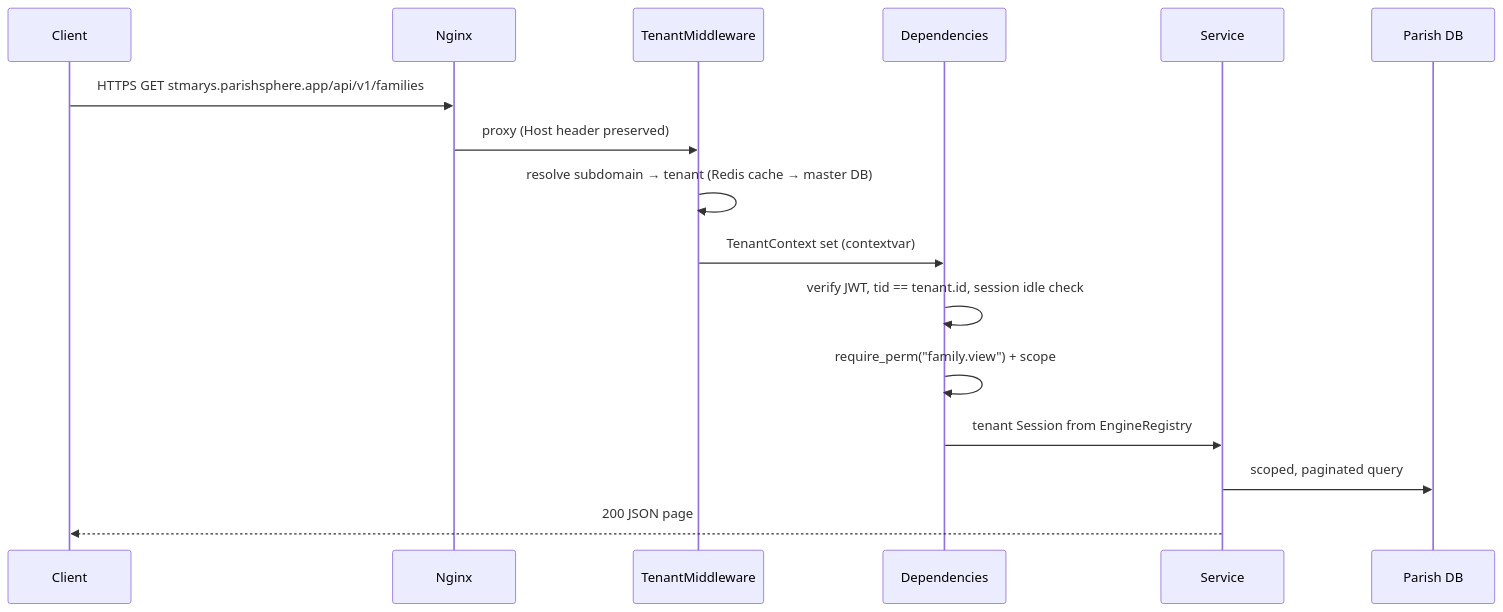
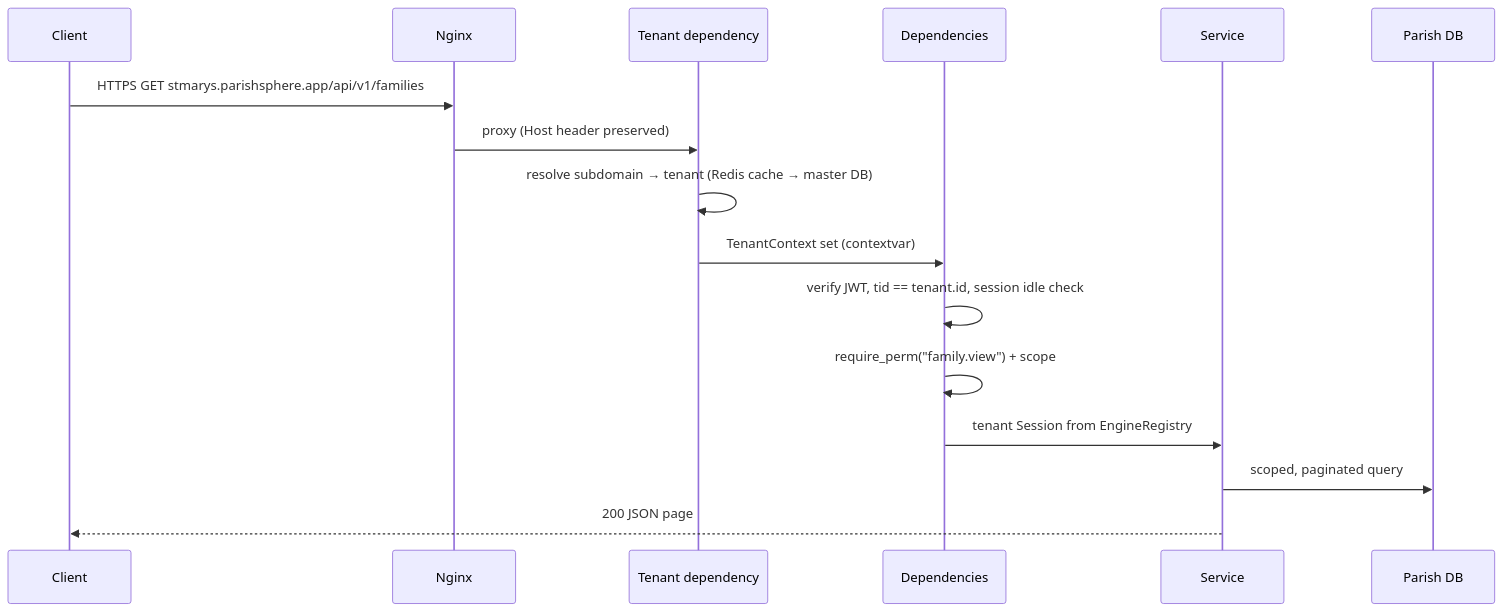
One commit to AntonMT686/ParishSphere changed the second of 2 diagrams in docs/02-solution-architecture.md. Above: the diagram before and after it, drawn with Mermaid. The commit also changed 54 other files, not shown here.

````diff
--- a/docs/02-solution-architecture.md
+++ b/docs/02-solution-architecture.md
@@ -80,18 +80,18 @@
 ```mermaid
 sequenceDiagram
   participant C as Client
   participant N as Nginx
-  participant MW as TenantMiddleware
+  participant MW as Tenant dependency
   participant D as Dependencies
   participant S as Service
   participant DB as Parish DB
   C->>N: HTTPS GET stmarys.parishsphere.app/api/v1/families
   N->>MW: proxy (Host header preserved)
   MW->>MW: resolve subdomain → tenant (Redis cache → master DB)
   MW->>D: TenantContext set (contextvar)
   D->>D: verify JWT, tid == tenant.id, session idle check
   D->>D: require_perm("family.view") + scope
   D->>S: tenant Session from EngineRegistry
   S->>DB: scoped, paginated query
   S-->>C: 200 JSON page
 ```
````
